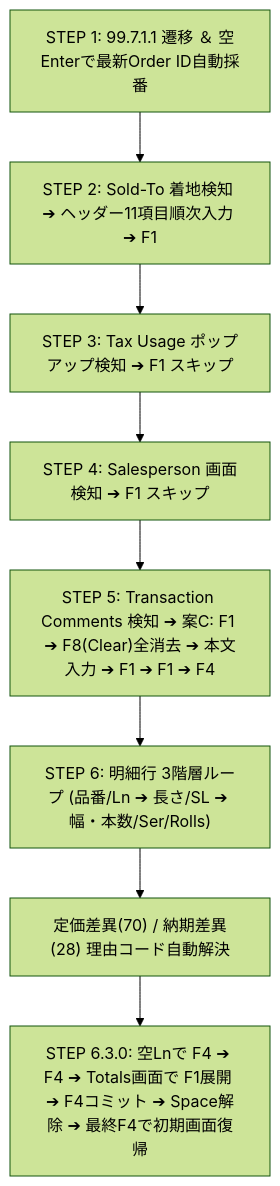
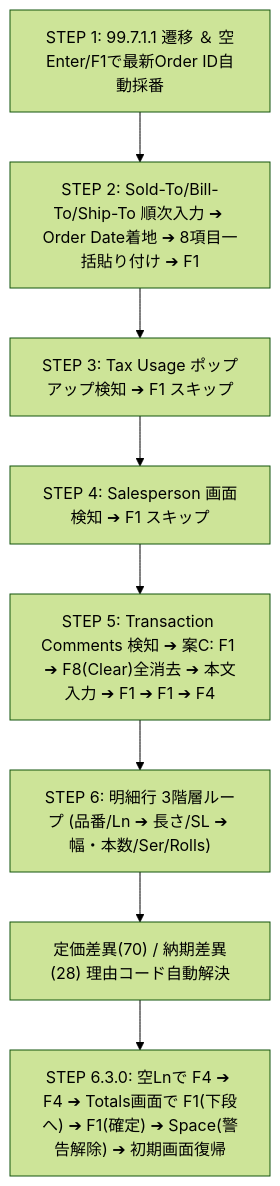
Before and after one commit to snofinbiqnubiquitous-ship-it/mfgpro_controller: the diagram in AI引継ぎ用_QAD自動化設計書.md, drawn with Mermaid (forest theme). The commit also changed other lines of this file and 99 other files, not shown here.

````diff
--- a/AI引継ぎ用_QAD自動化設計書.md
+++ b/AI引継ぎ用_QAD自動化設計書.md
@@ -116,10 +116,10 @@
 ```mermaid
 flowchart TD
-    S1["STEP 1: 99.7.1.1 遷移 ＆ 空Enterで最新Order ID自動採番"] --> S2["STEP 2: Sold-To 着地検知 ➔ ヘッダー11項目順次入力 ➔ F1"]
+    S1["STEP 1: 99.7.1.1 遷移 ＆ 空Enter/F1で最新Order ID自動採番"] --> S2["STEP 2: Sold-To/Bill-To/Ship-To 順次入力 ➔ Order Date着地 ➔ 8項目一括貼り付け ➔ F1"]
     S2 --> S3["STEP 3: Tax Usage ポップアップ検知 ➔ F1 スキップ"]
     S3 --> S4["STEP 4: Salesperson 画面検知 ➔ F1 スキップ"]
     S4 --> S5["STEP 5: Transaction Comments 検知 ➔ 案C: F1 ➔ F8(Clear)全消去 ➔ 本文入力 ➔ F1 ➔ F1 ➔ F4"]
     S5 --> S6["STEP 6: 明細行 3階層ループ (品番/Ln ➔ 長さ/SL ➔ 幅・本数/Ser/Rolls)"]
     S6 --> S6_Rsn["定価差異(70) / 納期差異(28) 理由コード自動解決"]
-    S6_Rsn --> S630["STEP 6.3.0: 空Lnで F4 ➔ F4 ➔ Totals画面で F1展開 ➔ F4コミット ➔ Space解除 ➔ 最終F4で初期画面復帰"]
+    S6_Rsn --> S630["STEP 6.3.0: 空Lnで F4 ➔ F4 ➔ Totals画面で F1(下段へ) ➔ F1(確定) ➔ Space(警告解除) ➔ 初期画面復帰"]
 ```
````
